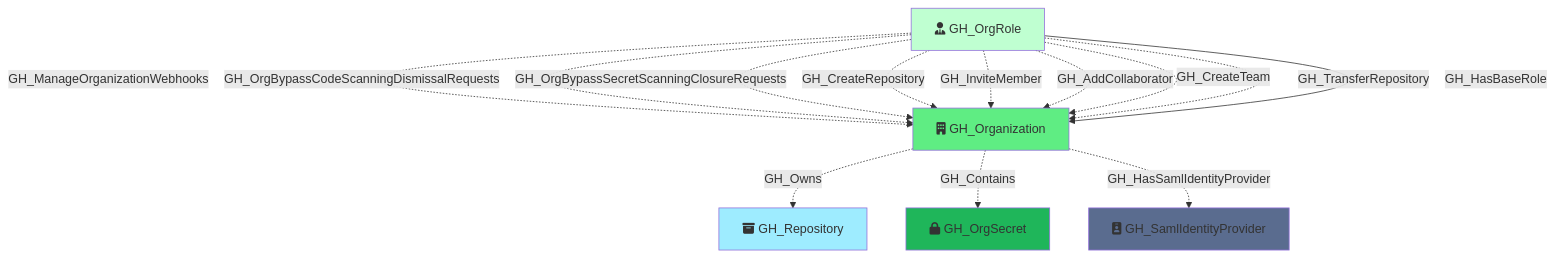
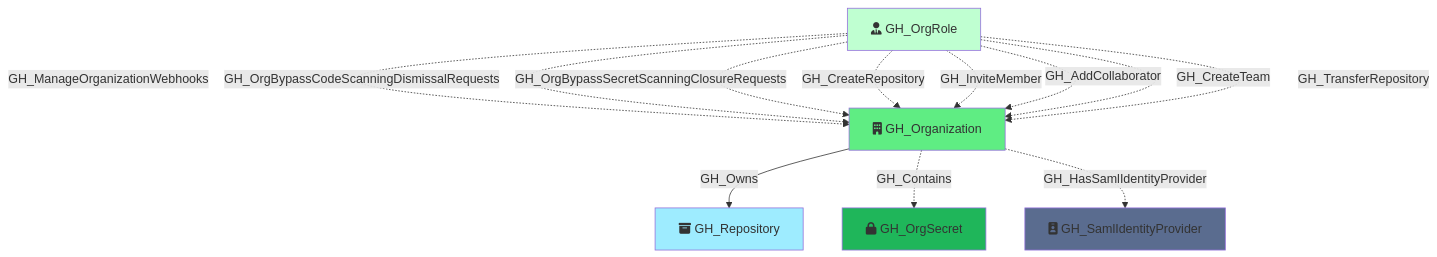
One commit to SpecterOps/GitHound changed the diagram in Documentation/Nodes/GH_Organization.md. Above: the diagram before and after it, drawn with Mermaid. The commit also changed other lines of this file and 10 other files, not shown here.

````diff
--- a/Documentation/Nodes/GH_Organization.md
+++ b/Documentation/Nodes/GH_Organization.md
@@ -69,27 +108,26 @@
 ```mermaid
 flowchart TD
     GH_Organization[fa:fa-building GH_Organization]
     GH_Repository[fa:fa-box-archive GH_Repository]
     GH_OrgSecret[fa:fa-lock GH_OrgSecret]
     GH_SamlIdentityProvider[fa:fa-id-badge GH_SamlIdentityProvider]
     GH_OrgRole[fa:fa-user-tie GH_OrgRole]
 
     style GH_Organization fill:#5FED83
     style GH_Repository fill:#9EECFF
     style GH_OrgSecret fill:#1FB65A
     style GH_SamlIdentityProvider fill:#5A6C8F
     style GH_OrgRole fill:#BFFFD1
 
-    GH_Organization -.->|GH_Owns| GH_Repository
+    GH_Organization -->|GH_Owns| GH_Repository
     GH_Organization -.->|GH_Contains| GH_OrgSecret
     GH_Organization -.->|GH_HasSamlIdentityProvider| GH_SamlIdentityProvider
     GH_OrgRole -.->|GH_ManageOrganizationWebhooks| GH_Organization
     GH_OrgRole -.->|GH_OrgBypassCodeScanningDismissalRequests| GH_Organization
     GH_OrgRole -.->|GH_OrgBypassSecretScanningClosureRequests| GH_Organization
     GH_OrgRole -.->|GH_CreateRepository| GH_Organization
     GH_OrgRole -.->|GH_InviteMember| GH_Organization
     GH_OrgRole -.->|GH_AddCollaborator| GH_Organization
     GH_OrgRole -.->|GH_CreateTeam| GH_Organization
     GH_OrgRole -.->|GH_TransferRepository| GH_Organization
-    GH_OrgRole -->|GH_HasBaseRole| GH_Organization
 ```
````
